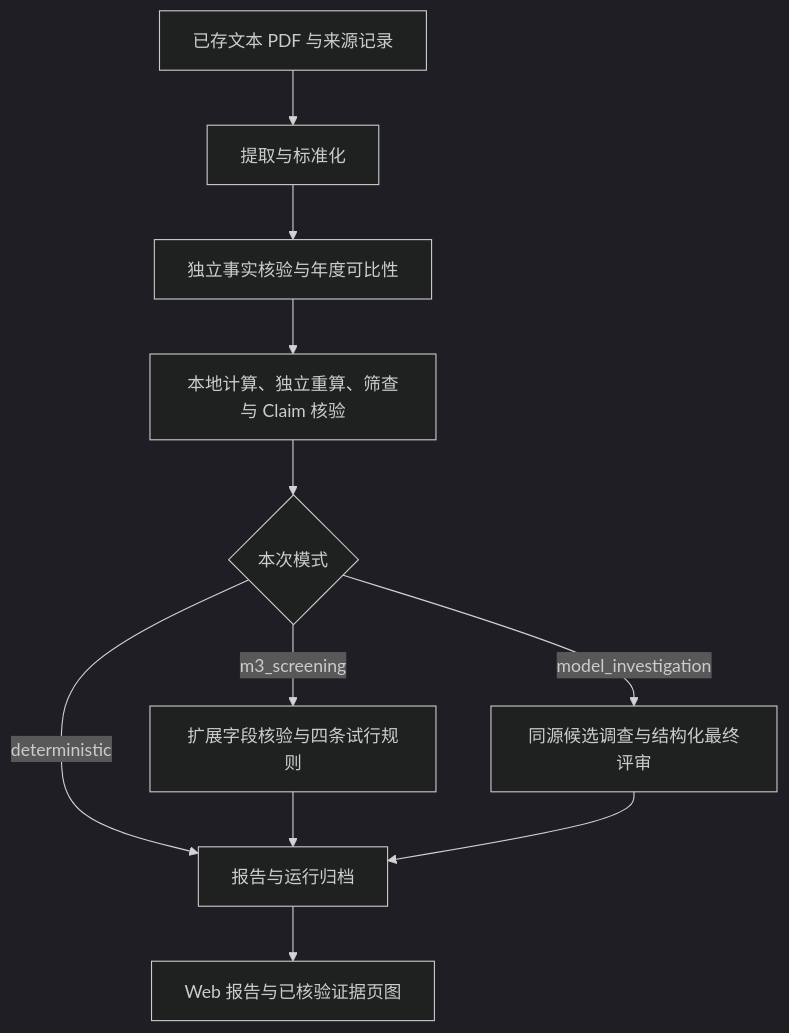
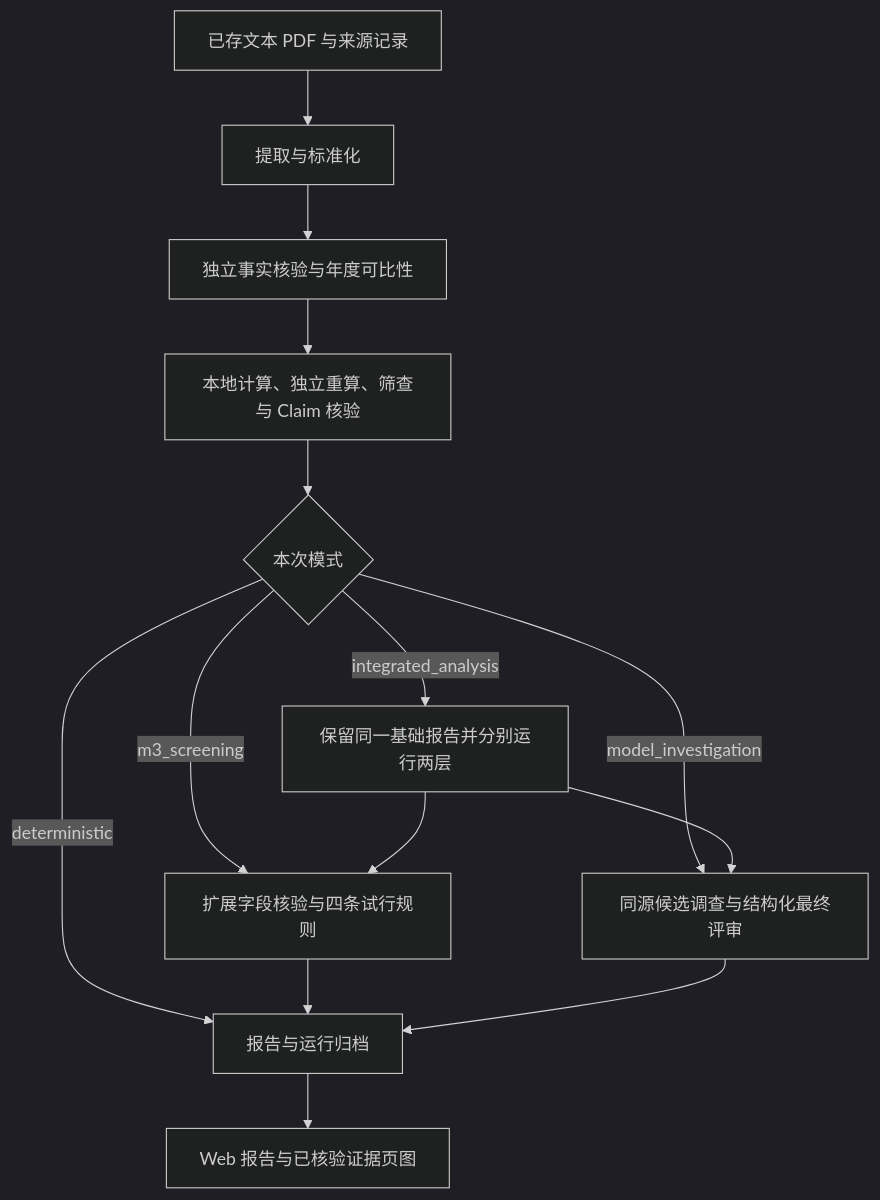
The diagram in docs/architecture.md (Waterfak3r/financial-ai-competition), drawn with Mermaid (dark theme) before and after one commit. The commit also changed other lines of this file and 22 other files, not shown here.

````diff
--- a/docs/architecture.md
+++ b/docs/architecture.md
@@ -9,13 +9,16 @@
 ```mermaid
 flowchart TD
     A["已存文本 PDF 与来源记录"] --> B["提取与标准化"]
     B --> C["独立事实核验与年度可比性"]
     C --> D["本地计算、独立重算、筛查与 Claim 核验"]
     D --> E{"本次模式"}
     E -->|deterministic| H["报告与运行归档"]
     E -->|m3_screening| F["扩展字段核验与四条试行规则"]
     F --> H
     E -->|model_investigation| G["同源候选调查与结构化最终评审"]
     G --> H
+    E -->|integrated_analysis| J["保留同一基础报告并分别运行两层"]
+    J --> F
+    J --> G
     H --> I["Web 报告与已核验证据页图"]
 ```
````
